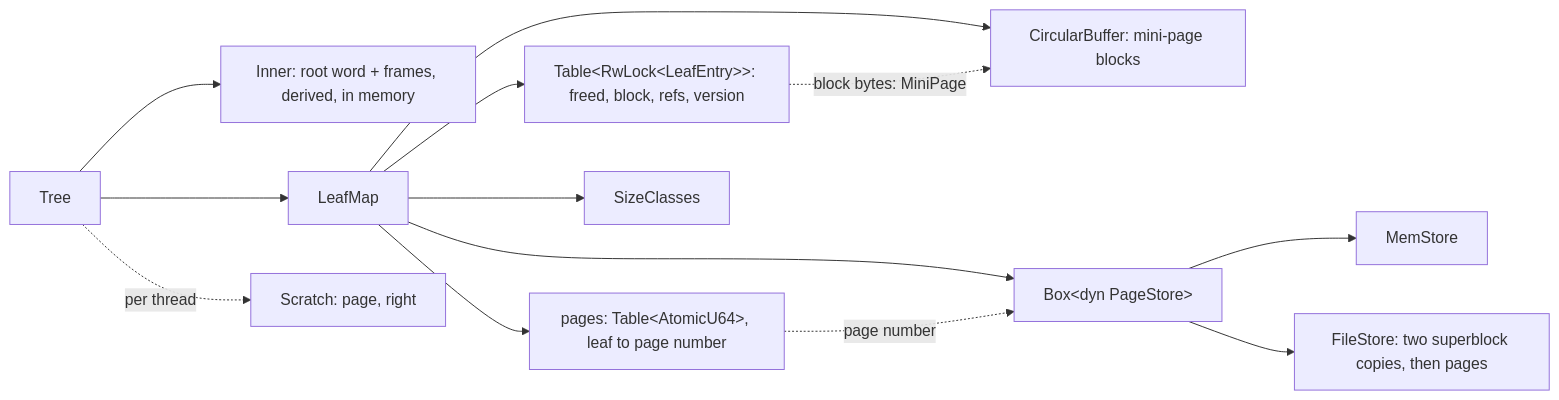
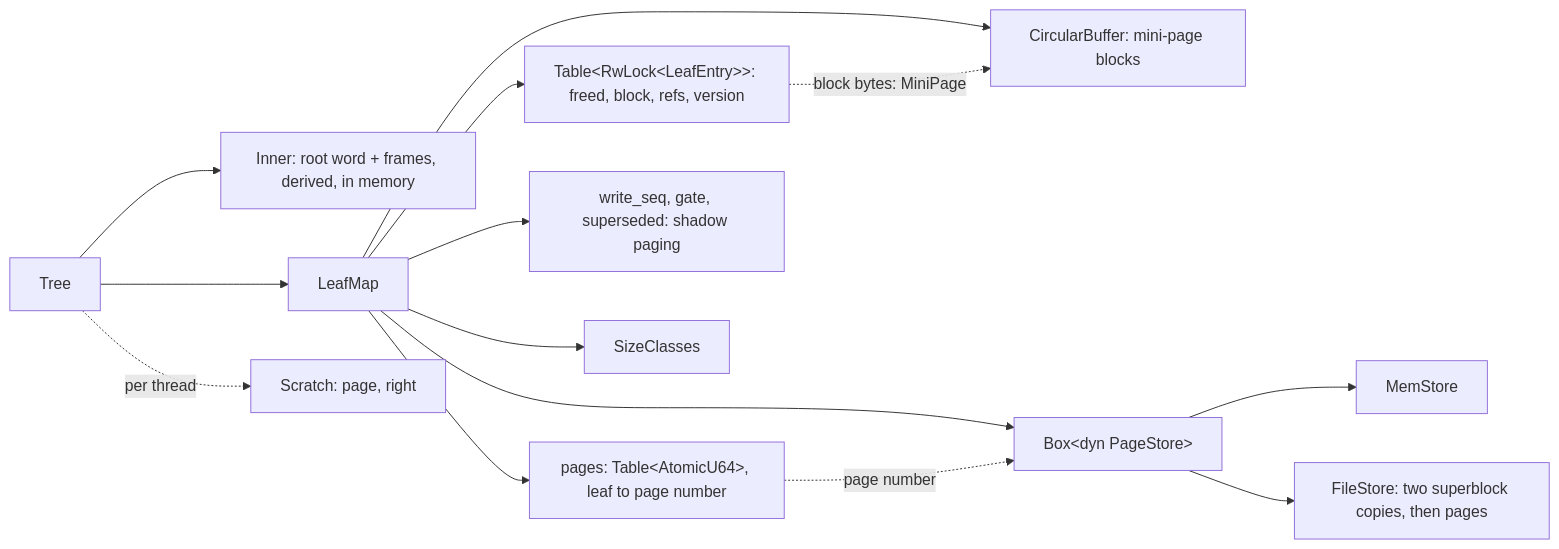
Before and after one commit to raydatray/peppydb: the first of 2 diagrams in docs/design/bf-tree-leaf-store.md, drawn with Mermaid. The commit also changed other lines of this file and 16 other files, not shown here.

````diff
--- a/docs/design/bf-tree-leaf-store.md
+++ b/docs/design/bf-tree-leaf-store.md
@@ -18,15 +18,16 @@
 ```mermaid
 flowchart LR
     Tree --> Inner["Inner: root word + frames, derived, in memory"]
     Tree --> Map["LeafMap"]
     Map --> E["Table&lt;RwLock&lt;LeafEntry&gt;&gt;: freed, block, refs, version"]
     Map --> PT["pages: Table&lt;AtomicU64&gt;, leaf to page number"]
+    Map --> SH["write_seq, gate, superseded: shadow paging"]
     Map --> CB["CircularBuffer: mini-page blocks"]
     Map --> C["SizeClasses"]
     Map --> PS["Box&lt;dyn PageStore&gt;"]
     E -. "block bytes: MiniPage" .-> CB
     PT -. "page number" .-> PS
     PS --> Mem["MemStore"]
     PS --> File["FileStore: two superblock copies, then pages"]
     Tree -. per thread .-> S["Scratch: page, right"]
 ```
````
